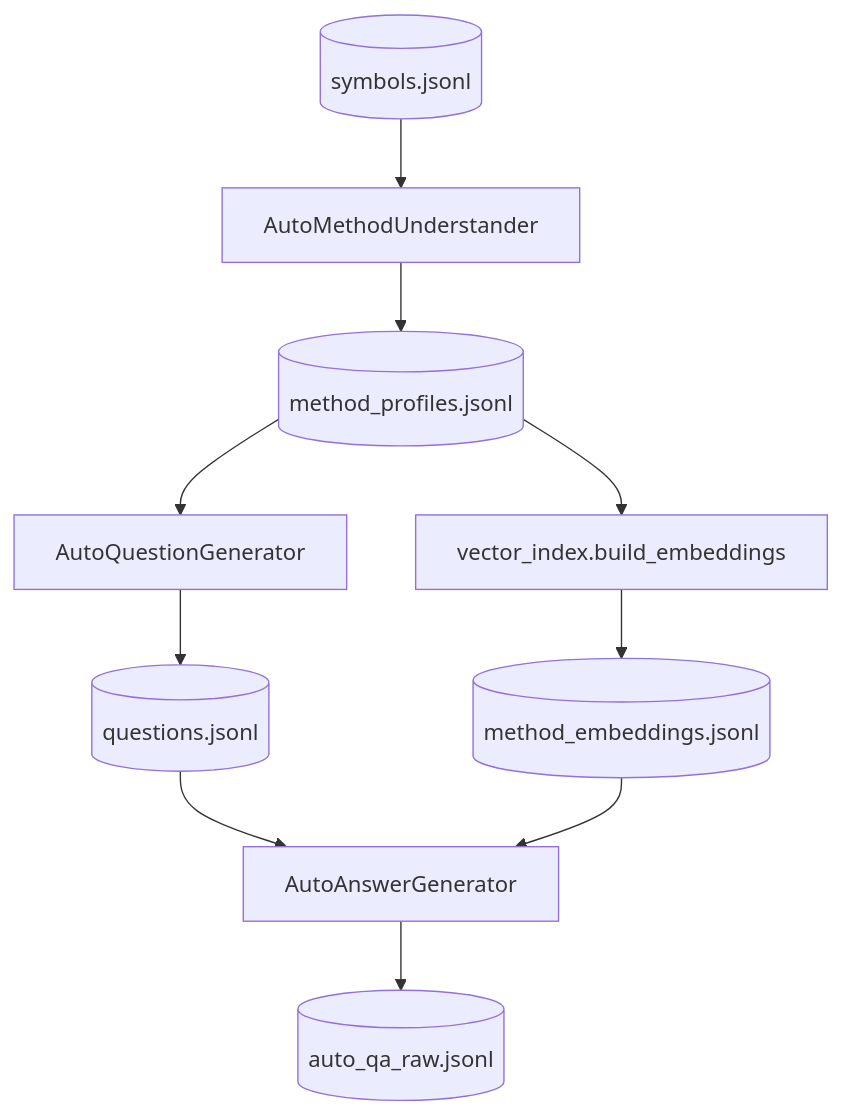
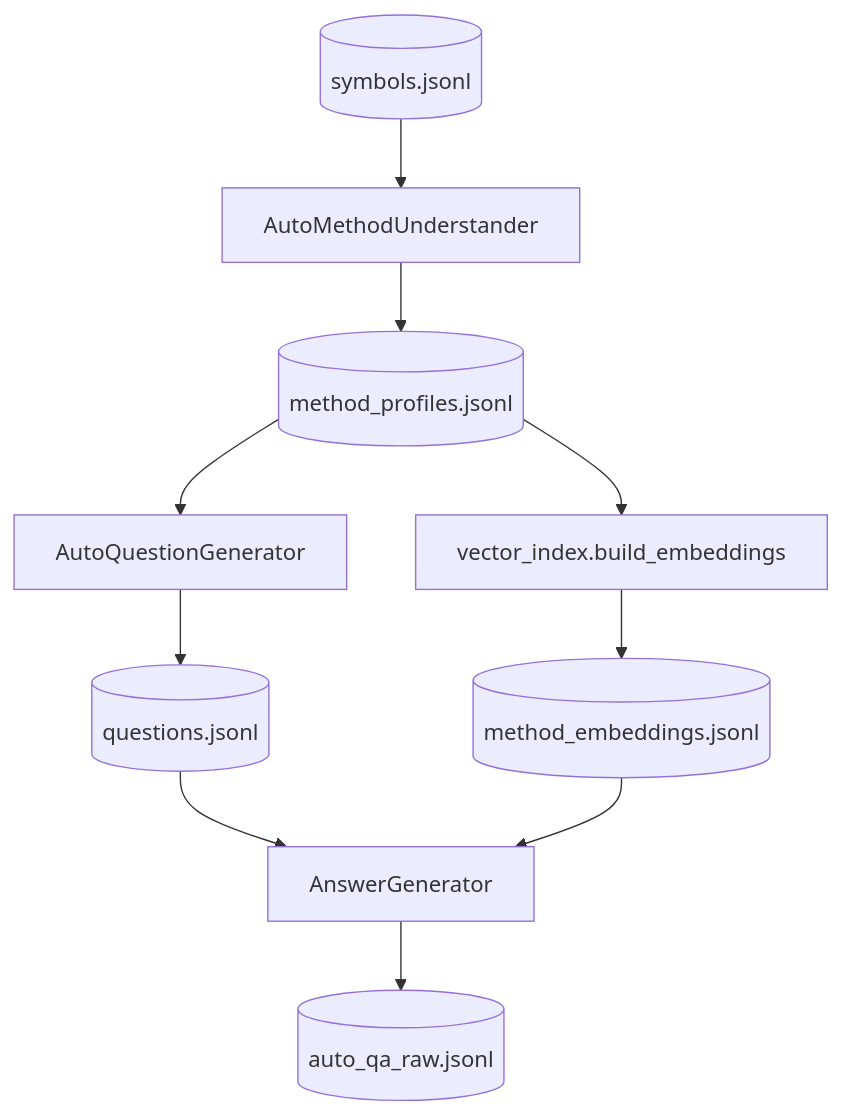
Before and after one commit to FlutteryEmbers/intelligent_code: the diagram in docs/pipeline/02-auto-module-step.md, drawn with Mermaid. The commit also changed other lines of this file and 21 other files, not shown here.

````diff
--- a/docs/pipeline/02-auto-module-step.md
+++ b/docs/pipeline/02-auto-module-step.md
@@ -66,12 +66,12 @@
 ```mermaid
 flowchart TD
   A[(symbols.jsonl)] --> B[AutoMethodUnderstander]
   B --> P[(method_profiles.jsonl)]
   P --> C[vector_index.build_embeddings]
   C --> E[(method_embeddings.jsonl)]
   P --> D[AutoQuestionGenerator]
   D --> Q[(questions.jsonl)]
-  Q --> F[AutoAnswerGenerator]
+  Q --> F[AnswerGenerator]
   E --> F
   F --> O[(auto_qa_raw.jsonl)]
 ```
````
